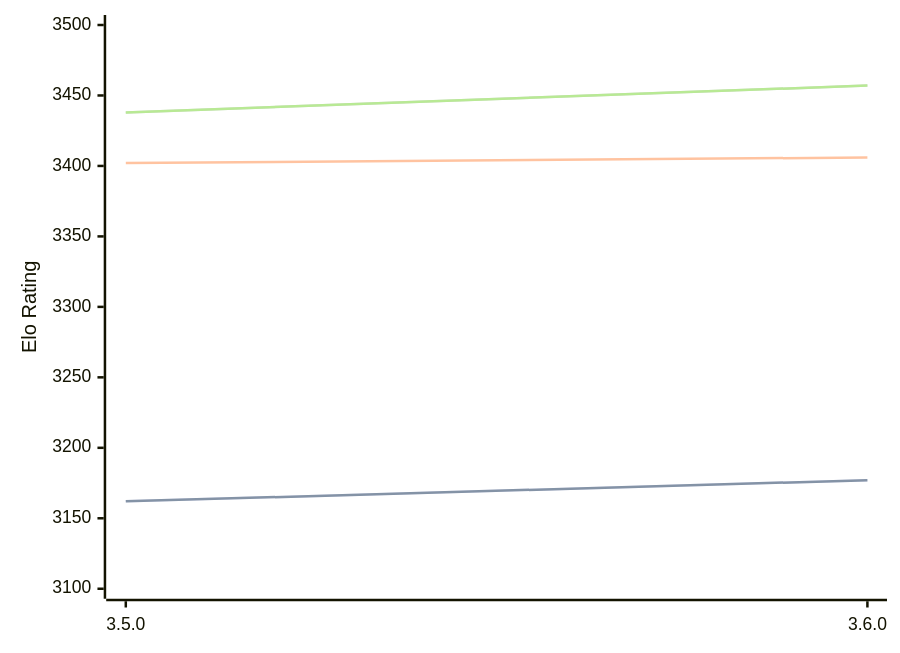
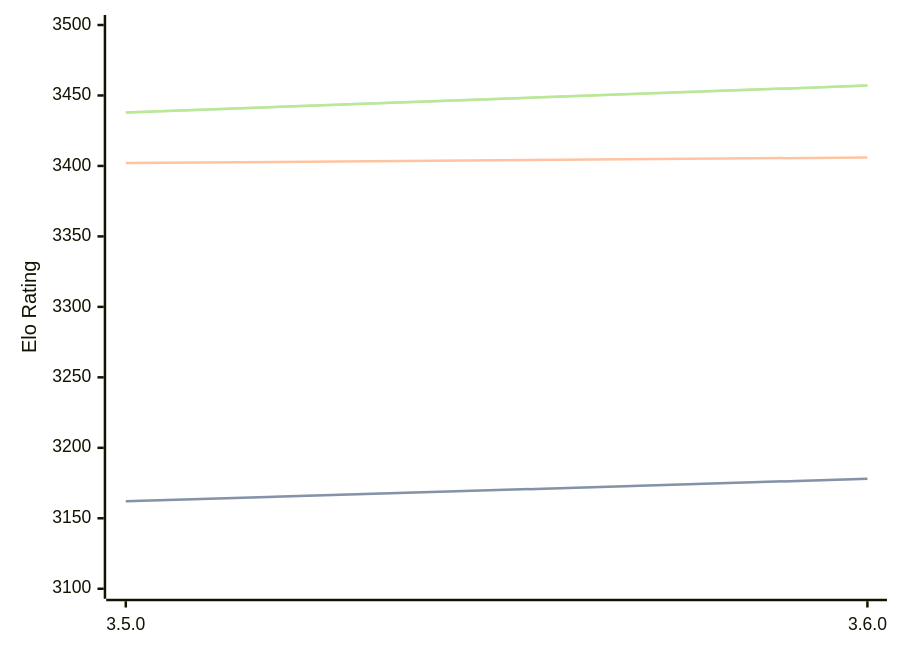
The diagram in engines/Igel.md (computer-chess-index/cci), drawn with Mermaid before and after one commit. The commit also changed other lines of this file, not shown here.

````diff
--- a/engines/Igel.md
+++ b/engines/Igel.md
@@ -32,11 +32,11 @@
 ```mermaid
 %%{init: {"theme":"base","themeVariables":{"seriesColors:['#a3a3a3','#222221','#faa371']}}}%%
 xychart-beta
   x-axis ["3.5.0", "3.6.0"]
   y-axis "Elo Rating" 3100 --> 3500
-  line "STC (8.0+0.08s)" [3162, 3177]
-  line "STC (8.0+0.08s)" [3162, 3177]
+  line "STC (8.0+0.08s)" [3162, 3178]
+  line "STC (8.0+0.08s)" [3162, 3178]
   line "LTC (60.0+0.60s)" [3402, 3406]
   line "VLTC (2m24s+1.12s)" [3438, 3457]
   line "VLTC (2m24s+1.12s)" [3438, 3457]
 ```
````
